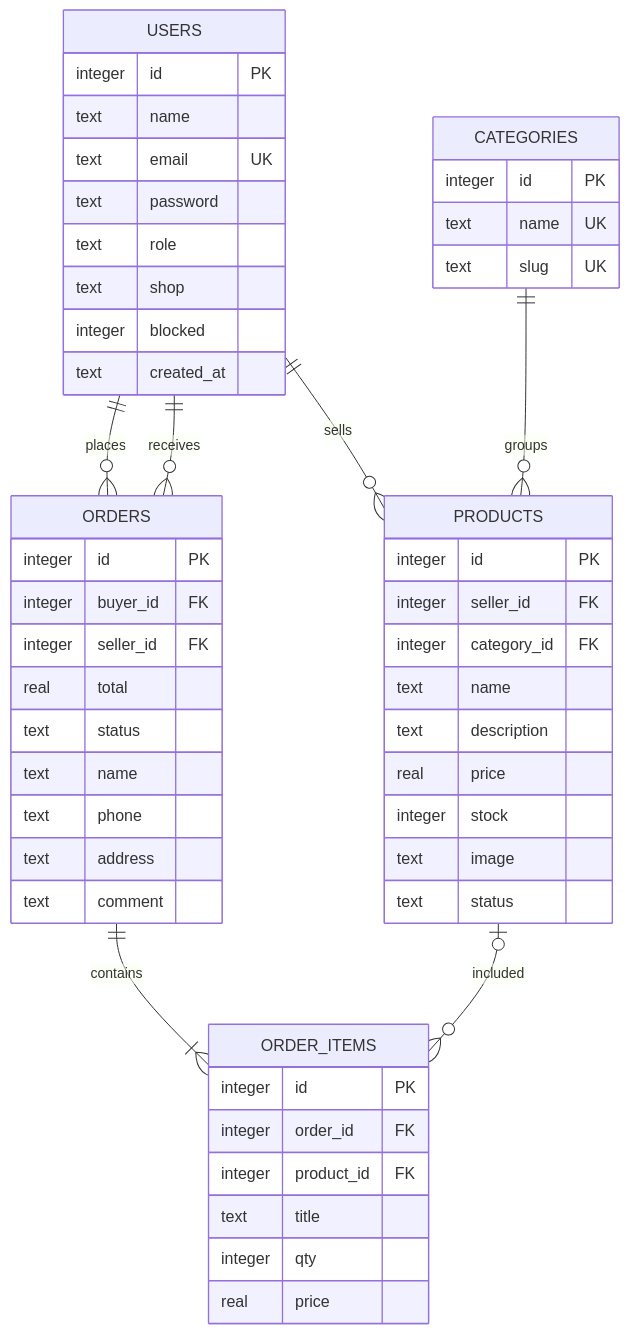
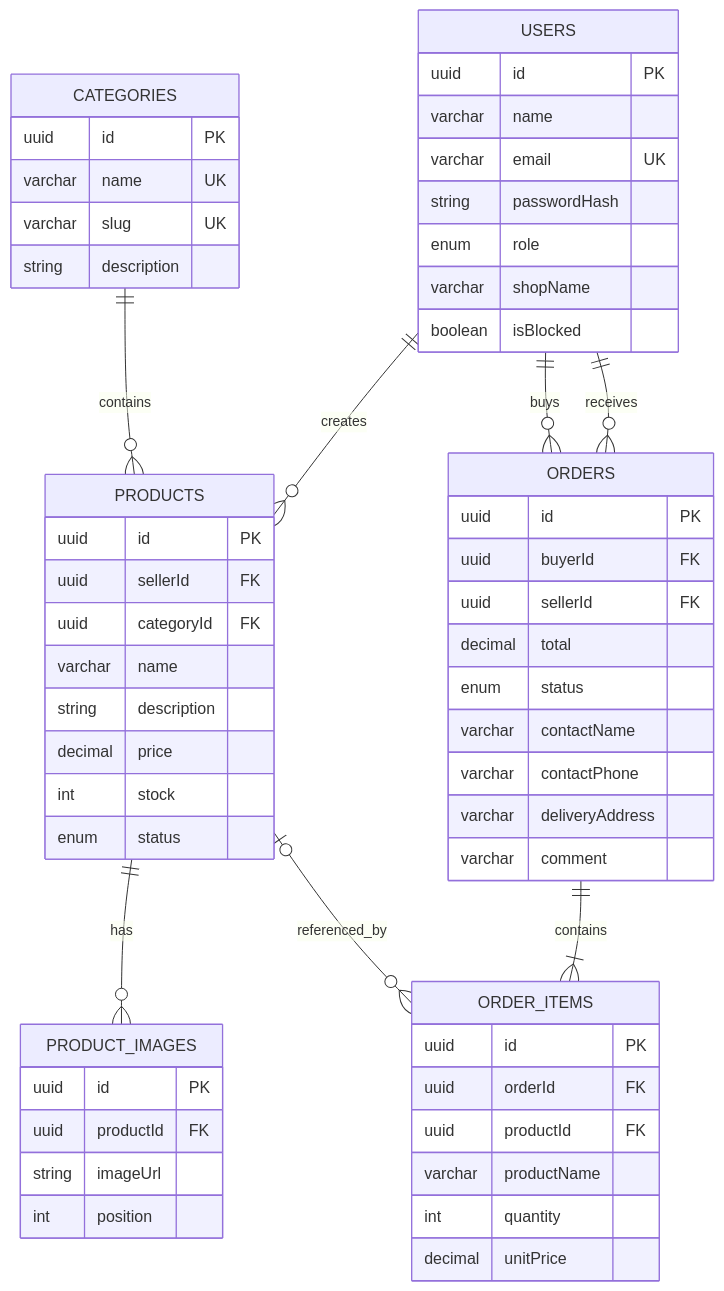
The first of 2 diagrams in docs/architecture.md (aquagwap1/HANDCRAFT), drawn with Mermaid before and after one commit. The commit also changed other lines of this file, not shown here.

Commit message:
Add project architecture

````diff
--- a/docs/architecture.md
+++ b/docs/architecture.md
@@ -206,55 +289,60 @@
 ```mermaid
 erDiagram
-    USERS ||--o{ PRODUCTS : sells
-    CATEGORIES ||--o{ PRODUCTS : groups
-    USERS ||--o{ ORDERS : places
+    USERS ||--o{ PRODUCTS : creates
+    CATEGORIES ||--o{ PRODUCTS : contains
+    PRODUCTS ||--o{ PRODUCT_IMAGES : has
+    USERS ||--o{ ORDERS : buys
     USERS ||--o{ ORDERS : receives
     ORDERS ||--|{ ORDER_ITEMS : contains
-    PRODUCTS o|--o{ ORDER_ITEMS : included
-
+    PRODUCTS o|--o{ ORDER_ITEMS : referenced_by
     USERS {
-        integer id PK
-        text name
-        text email UK
-        text password
-        text role
-        text shop
-        integer blocked
-        text created_at
+        uuid id PK
+        varchar name
+        varchar email UK
+        string passwordHash
+        enum role
+        varchar shopName
+        boolean isBlocked
     }
     CATEGORIES {
-        integer id PK
-        text name UK
-        text slug UK
+        uuid id PK
+        varchar name UK
+        varchar slug UK
+        string description
     }
     PRODUCTS {
-        integer id PK
-        integer seller_id FK
-        integer category_id FK
-        text name
-        text description
-        real price
-        integer stock
-        text image
-        text status
+        uuid id PK
+        uuid sellerId FK
+        uuid categoryId FK
+        varchar name
+        string description
+        decimal price
+        int stock
+        enum status
+    }
+    PRODUCT_IMAGES {
+        uuid id PK
+        uuid productId FK
+        string imageUrl
+        int position
     }
     ORDERS {
-        integer id PK
-        integer buyer_id FK
-        integer seller_id FK
-        real total
-        text status
-        text name
-        text phone
-        text address
-        text comment
+        uuid id PK
+        uuid buyerId FK
+        uuid sellerId FK
+        decimal total
+        enum status
+        varchar contactName
+        varchar contactPhone
+        varchar deliveryAddress
+        varchar comment
     }
     ORDER_ITEMS {
-        integer id PK
-        integer order_id FK
-        integer product_id FK
-        text title
-        integer qty
-        real price
+        uuid id PK
+        uuid orderId FK
+        uuid productId FK
+        varchar productName
+        int quantity
+        decimal unitPrice
     }
 ```
````
